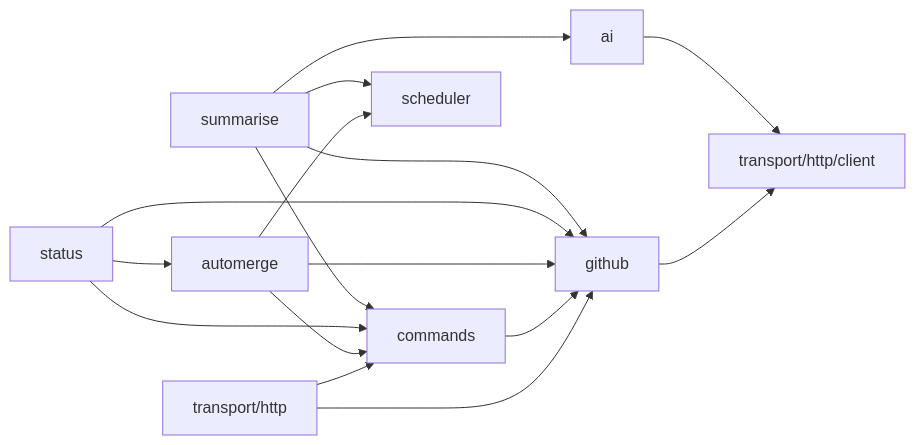
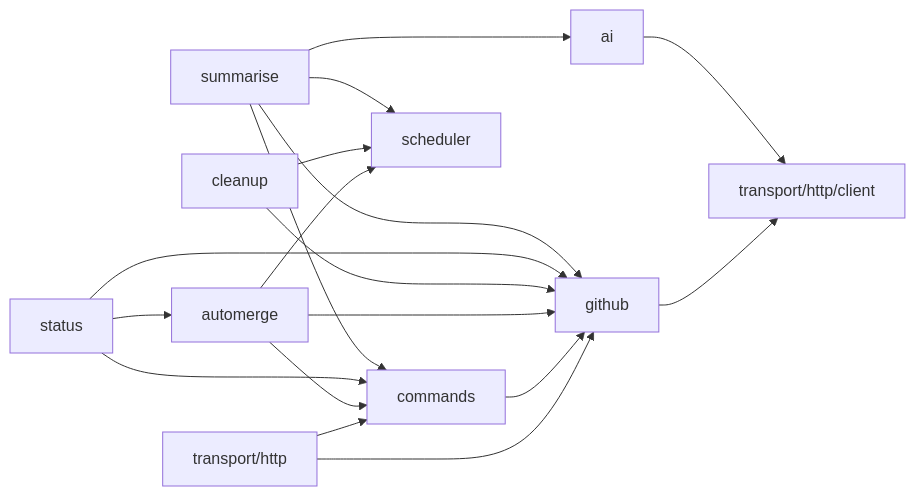
Before and after one commit to alexfalkowski/abgleich: the diagram in README.md, drawn with Mermaid. The commit also changed other lines of this file and 45 other files, not shown here.

````diff
--- a/README.md
+++ b/README.md
@@ -588,18 +678,20 @@
 ```mermaid
 flowchart LR
     transport[transport/http] --> commands
     transport --> github
     commands --> github
     automerge --> commands
     automerge --> github
     automerge --> scheduler
+    cleanup --> github
+    cleanup --> scheduler
     status --> automerge
     status --> commands
     status --> github
     summarise --> commands
     summarise --> github
     summarise --> ai
     summarise --> scheduler
     github --> client[transport/http/client]
     ai --> client
 ```
````
